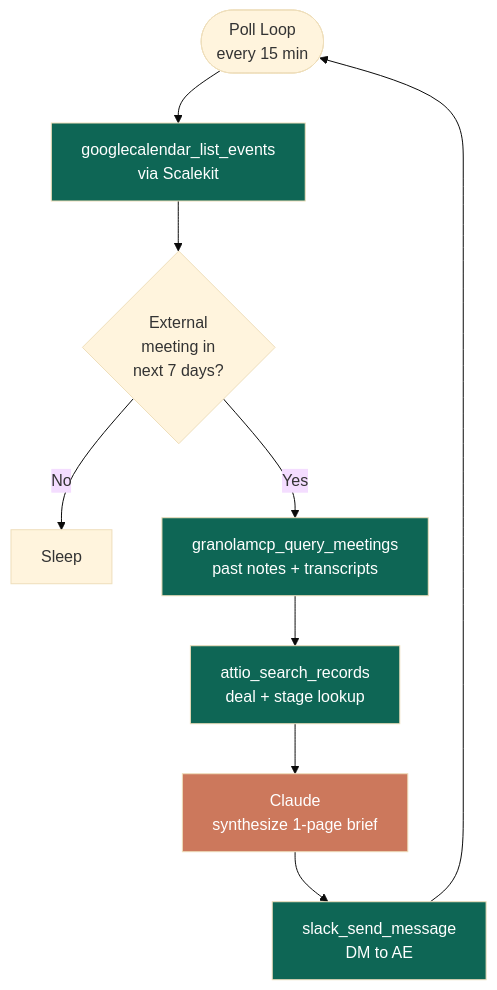
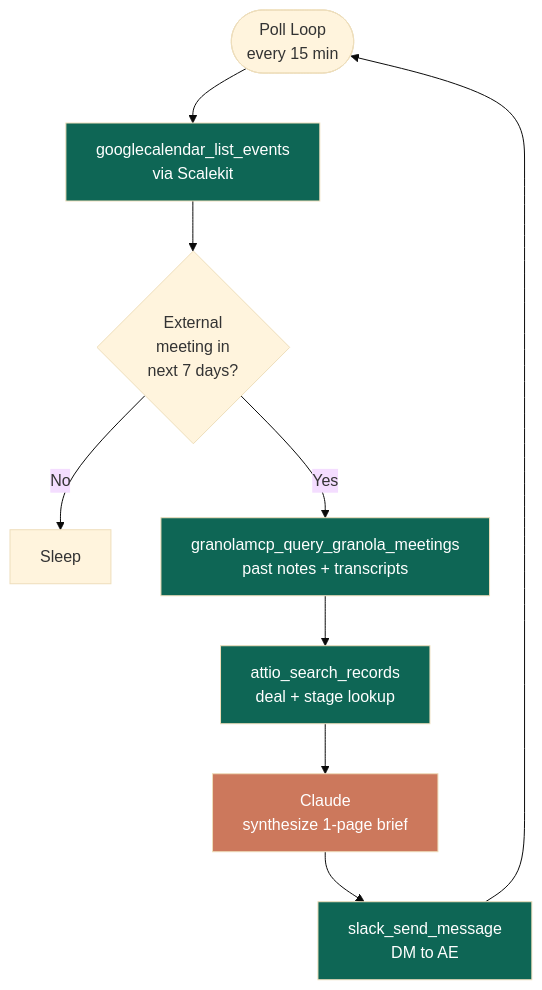
Before and after one commit to scalekit-developers/workflow-agents-demos: the diagram in granola-attio-calendar/README.md, drawn with Mermaid (base theme). The commit also changed other lines of this file, not shown here.

````diff
--- a/granola-attio-calendar/README.md
+++ b/granola-attio-calendar/README.md
@@ -29,17 +31,17 @@
 ```mermaid
 flowchart TD
     A([Poll Loop\nevery 15 min]) --> B[googlecalendar_list_events\nvia Scalekit]
     B --> C{External\nmeeting in\nnext 7 days?}
     C -- No --> D[Sleep]
-    C -- Yes --> E[granolamcp_query_meetings\npast notes + transcripts]
+    C -- Yes --> E[granolamcp_query_granola_meetings\npast notes + transcripts]
     E --> F[attio_search_records\ndeal + stage lookup]
     F --> G[Claude\nsynthesize 1-page brief]
     G --> H[slack_send_message\nDM to AE]
     H --> A
 
     style G fill:#CC785C,color:#fff
     style B fill:#0E6655,color:#fff
     style E fill:#0E6655,color:#fff
     style F fill:#0E6655,color:#fff
     style H fill:#0E6655,color:#fff
 ```
````
